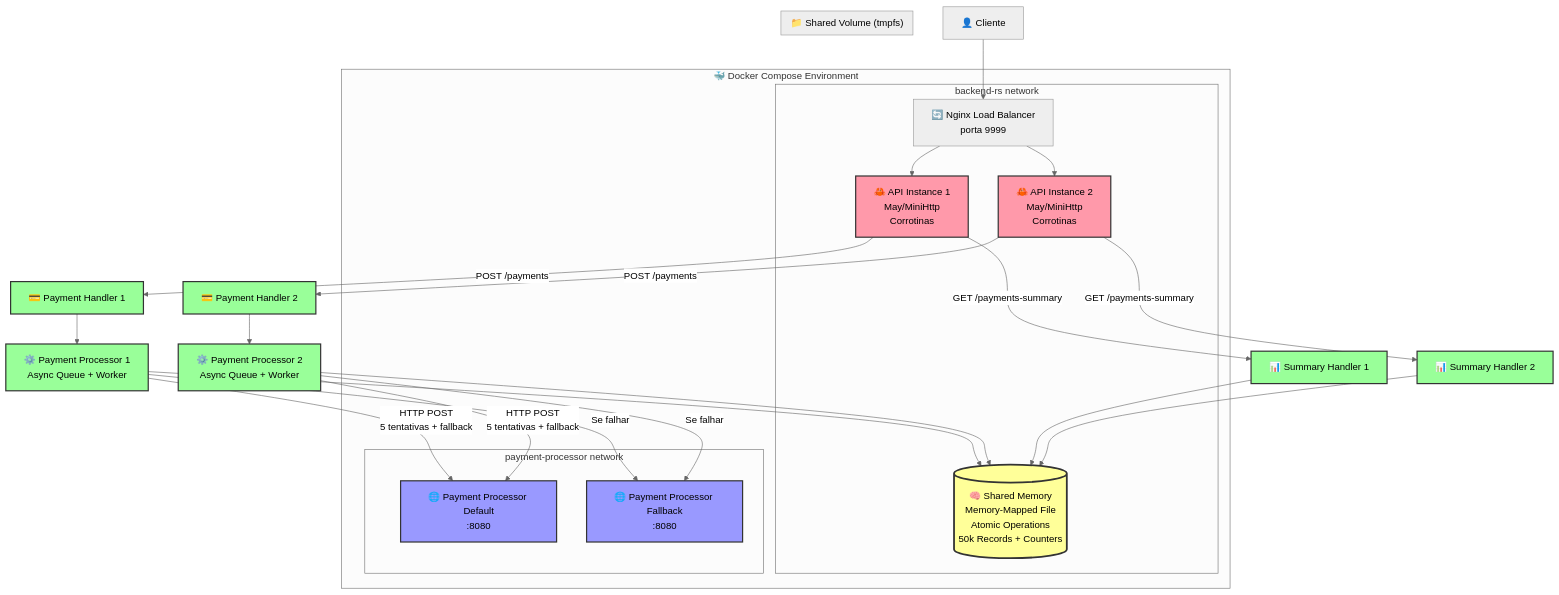
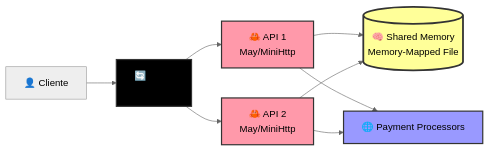
The diagram in readme.md (samuelpanzera/rinhas-samuelpanzera-rs), drawn with Mermaid (neutral theme) before and after one commit.

Commit message:
Simplificação flowchart

````diff
--- a/readme.md
+++ b/readme.md
@@ -19,64 +19,17 @@
 ```mermaid
-flowchart TD
-    %% Cliente e Load Balancer
-    Client[👤 Cliente] --> LB[🔄 Nginx Load Balancer<br/>porta 9999]
-
-    %% Instâncias da API
-    LB --> API1[🦀 API Instance 1<br/>May/MiniHttp<br/>Corrotinas]
-    LB --> API2[🦀 API Instance 2<br/>May/MiniHttp<br/>Corrotinas]
-
-    %% Endpoints das APIs
-    API1 --> |POST /payments| P1[💳 Payment Handler 1]
-    API1 --> |GET /payments-summary| S1[📊 Summary Handler 1]
-    API2 --> |POST /payments| P2[💳 Payment Handler 2]
-    API2 --> |GET /payments-summary| S2[📊 Summary Handler 2]
-
-    %% Processadores de Pagamento (dentro de cada API)
-    P1 --> PP1[⚙️ Payment Processor 1<br/>Async Queue + Worker]
-    P2 --> PP2[⚙️ Payment Processor 2<br/>Async Queue + Worker]
-
-    %% Memória Compartilhada (Critical!)
-    SM[(🧠 Shared Memory<br/>Memory-Mapped File<br/>Atomic Operations<br/>50k Records + Counters)]
-
-    PP1 --> SM
-    PP2 --> SM
-    S1 --> SM
-    S2 --> SM
-
-    %% Processadores Externos
-    PP1 --> |HTTP POST<br/>5 tentativas + fallback| EXT1[🌐 Payment Processor Default<br/>:8080]
-    PP1 --> |Se falhar| EXT2[🌐 Payment Processor Fallback<br/>:8080]
-    PP2 --> |HTTP POST<br/>5 tentativas + fallback| EXT1
-    PP2 --> |Se falhar| EXT2
-
-    %% Docker Network
-    subgraph Docker["🐳 Docker Compose Environment"]
-        subgraph Network1["backend-rs network"]
-            LB
-            API1
-            API2
-            SM
-        end
-
-        subgraph Network2["payment-processor network"]
-            EXT1
-            EXT2
-        end
-    end
-
-    %% Shared Volume
-    subgraph Volume["📁 Shared Volume (tmpfs)"]
-        SM
-    end
-
-    %% Styling
-    classDef apiNode fill:#f9a,stroke:#333,stroke-width:2px
-    classDef processor fill:#9f9,stroke:#333,stroke-width:2px
+flowchart LR
+    Client["👤 Cliente"] --> LB["🔄 Nginx<br>:9999"]
+    LB --> API1["🦀 API 1<br>May/MiniHttp"] & API2["🦀 API 2<br>May/MiniHttp"]
+    API1 --> SM[("🧠 Shared Memory<br>Memory-Mapped File")] & EXT["🌐 Payment Processors<br>"]
+    API2 --> SM & EXT
+     LB:::balancer
+     API1:::api
+     API2:::api
+     SM:::storage
+     EXT:::external
+    classDef api fill:#f9a,stroke:#333,stroke-width:2px
+    classDef storage fill:#ff9,stroke:#333,stroke-width:3px
     classDef external fill:#99f,stroke:#333,stroke-width:2px
-    classDef memory fill:#ff9,stroke:#333,stroke-width:3px
-
-    class API1,API2 apiNode
-    class PP1,PP2,P1,P2,S1,S2 processor
-    class EXT1,EXT2 external
-    class SM memory
+    classDef balancer fill:#9f9,stroke:#333,stroke-width:2px
+    style LB fill:#000000
 ```
````
